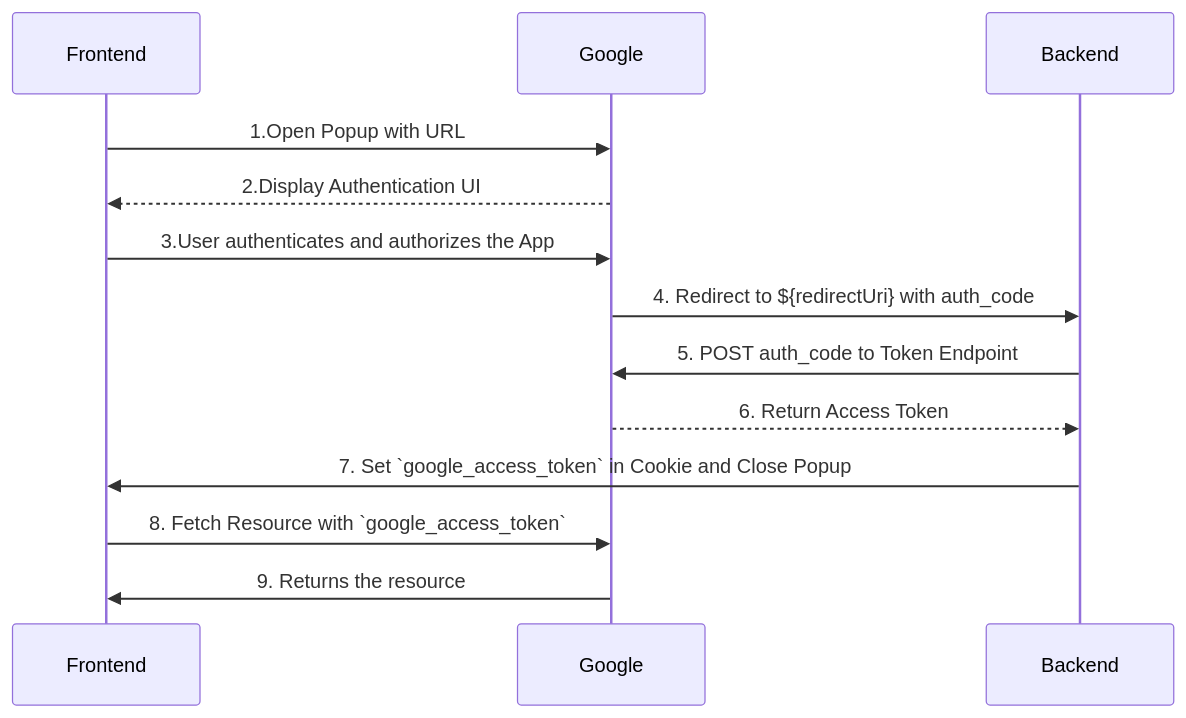
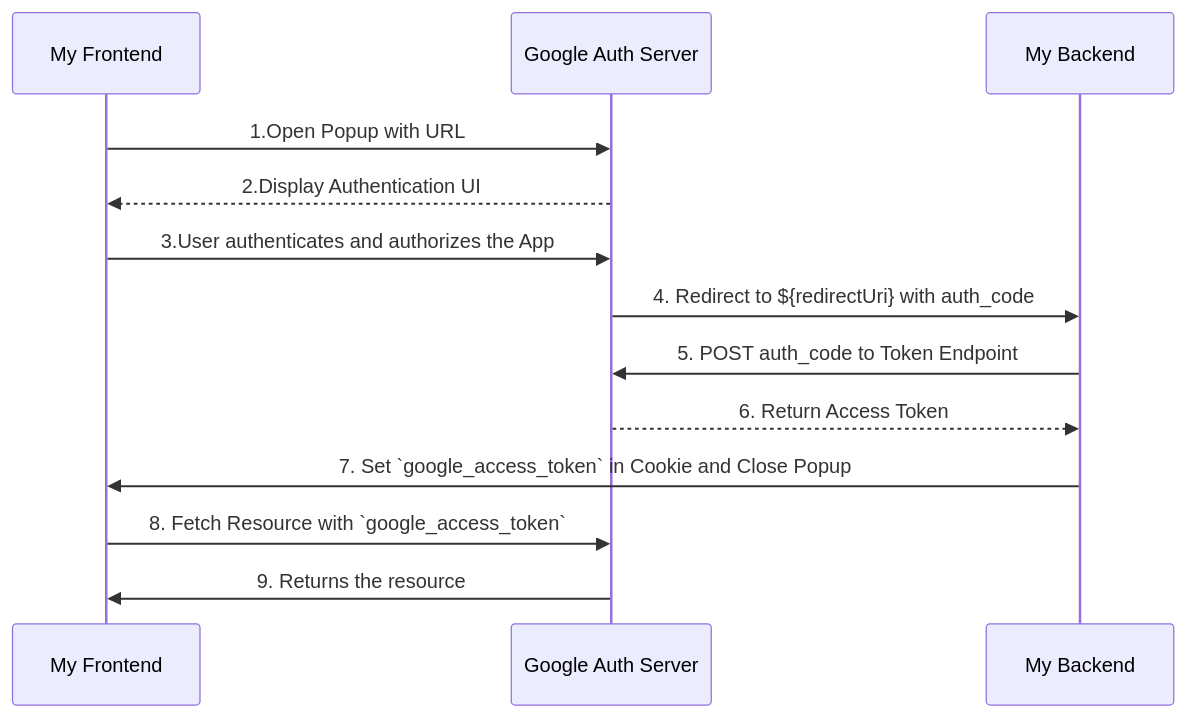
Before and after one commit to asgarov1/oauth2-demo: the diagram in README.md, drawn with Mermaid. The commit also changed 1 other file, not shown here.

````diff
--- a/README.md
+++ b/README.md
@@ -53,16 +53,16 @@
 ```mermaid
 sequenceDiagram
-    participant FE as Frontend
-    participant Google as Google
-    participant BE as Backend
+    participant FE as My Frontend
+    participant Google as Google Auth Server
+    participant BE as My Backend
 
     FE->>Google: 1.Open Popup with URL
     Google-->>FE: 2.Display Authentication UI
     FE->>Google: 3.User authenticates and authorizes the App
     Google->>BE: 4. Redirect to ${redirectUri} with auth_code
     BE->>Google: 5. POST auth_code to Token Endpoint
     Google-->>BE: 6. Return Access Token
     BE->>FE: 7. Set `google_access_token` in Cookie and Close Popup
     FE->>Google: 8. Fetch Resource with `google_access_token`
     Google->>FE: 9. Returns the resource
 ```
````
